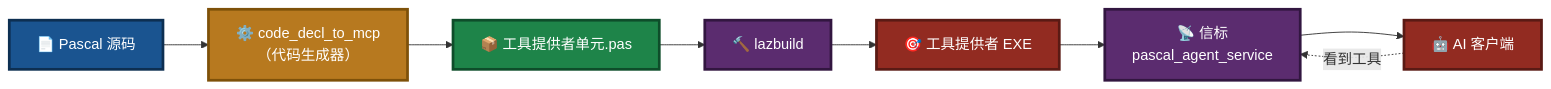
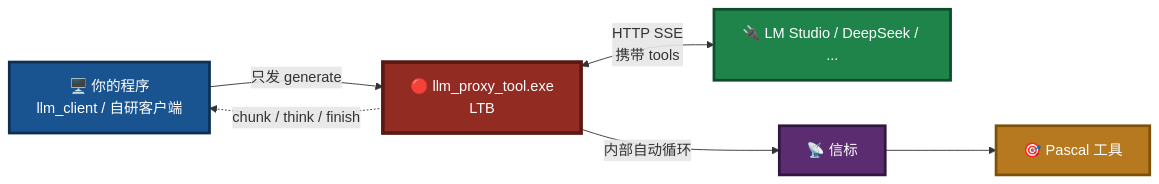
The second of 9 diagrams in readme.md (PassByYou888/LingoFuse-pasAgent), drawn with Mermaid before and after one commit. The commit also changed other lines of this file, not shown here.

````diff
--- a/readme.md
+++ b/readme.md
@@ -35,19 +68,14 @@
 ```mermaid
 flowchart LR
-    A["📄 Pascal 源码"] --> B["⚙️ code_decl_to_mcp<br/>（代码生成器）"]
-    B --> C["📦 工具提供者单元.pas"]
-    C --> D["🔨 lazbuild"]
-    D --> E["🎯 工具提供者 EXE"]
-
-    E --> F["📡 信标<br/>pascal_agent_service"]
-    F --> G["🤖 AI 客户端"]
-    G -.->|"看到工具"| F
+    A["🖥️ 你的程序<br/>llm_client / 自研客户端"] -->|"只发 generate"| B["🔴 llm_proxy_tool.exe<br/>LTB"]
+    B <-->|"HTTP SSE<br/>携带 tools"| C["🔌 LM Studio / DeepSeek / ..."]
+    B -->|"内部自动循环"| D["📡 信标"]
+    D --> E["🎯 Pascal 工具"]
+    B -.->|"chunk / think / finish"| A
 
     style A fill:#1A5490,stroke:#0D2F52,stroke-width:3px,color:#FFFFFF
-    style B fill:#B7791F,stroke:#7E5109,stroke-width:3px,color:#FFFFFF
+    style B fill:#922B21,stroke:#5A1A14,stroke-width:4px,color:#FFFFFF
     style C fill:#1E8449,stroke:#0E4D2A,stroke-width:3px,color:#FFFFFF
     style D fill:#5B2C6F,stroke:#321640,stroke-width:3px,color:#FFFFFF
-    style E fill:#922B21,stroke:#5A1A14,stroke-width:3px,color:#FFFFFF
-    style F fill:#5B2C6F,stroke:#321640,stroke-width:3px,color:#FFFFFF
-    style G fill:#922B21,stroke:#5A1A14,stroke-width:3px,color:#FFFFFF
+    style E fill:#B7791F,stroke:#7E5109,stroke-width:3px,color:#FFFFFF
 ```
````
